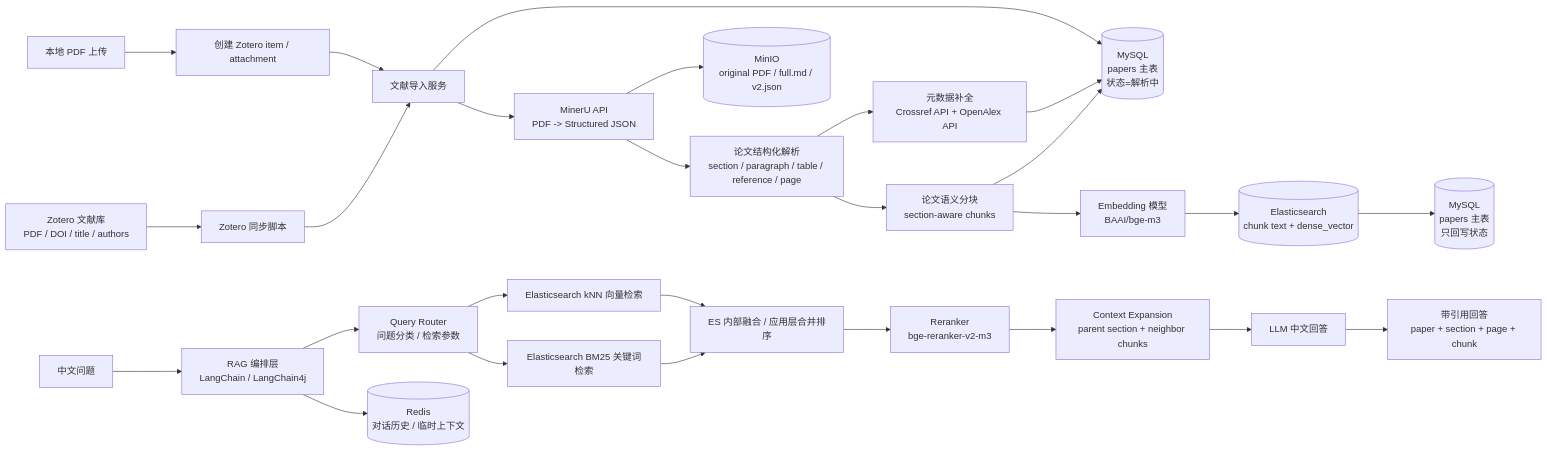
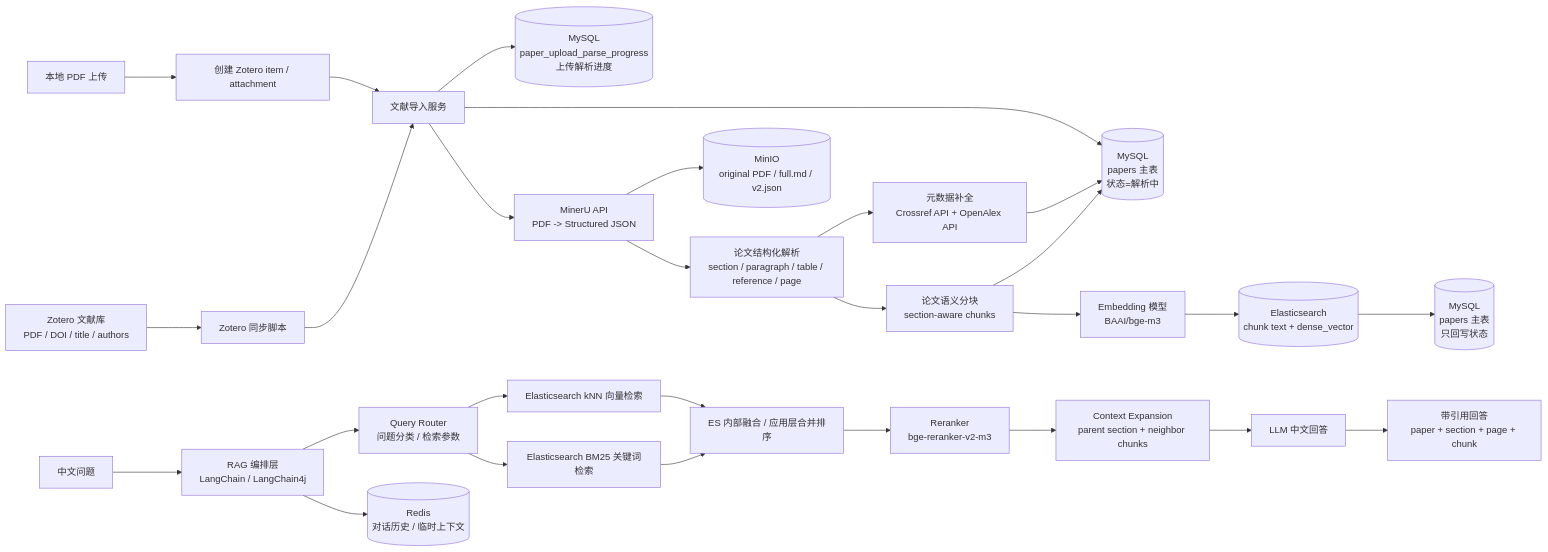
Before and after one commit to returnbreak/ScholarEase: the diagram in 项目整体架构与技术选型.md, drawn with Mermaid. The commit also changed other lines of this file and 50 other files, not shown here.

First line of the commit message:
feat: Enhance document upload process with progress tracking

````diff
--- a/项目整体架构与技术选型.md
+++ b/项目整体架构与技术选型.md
@@ -33,33 +33,34 @@
 ```mermaid
 flowchart LR
     A[Zotero 文献库<br/>PDF / DOI / title / authors] --> B[Zotero 同步脚本]
     W[本地 PDF 上传] --> Z[创建 Zotero item / attachment]
     Z --> X[文献导入服务]
     B --> X
+    X --> P0[(MySQL<br/>paper_upload_parse_progress<br/>上传解析进度)]
     X --> C[(MySQL<br/>papers 主表<br/>状态=解析中)]
     X --> E[MinerU API<br/>PDF -> Structured JSON]
     E --> F[论文结构化解析<br/>section / paragraph / table / reference / page]
     E --> Y
     Y[(MinIO<br/>original PDF / full.md / v2.json)]
     F --> V[元数据补全<br/>Crossref API + OpenAlex API]
     V --> C
     F --> G[论文语义分块<br/>section-aware chunks]
     G --> C
 
     G --> H[Embedding 模型<br/>BAAI/bge-m3]
     H --> I[(Elasticsearch<br/>chunk text + dense_vector)]
     I --> C2[(MySQL<br/>papers 主表<br/>只回写状态)]
 
     K[中文问题] --> L[RAG 编排层<br/>LangChain / LangChain4j]
     L --> M[Query Router<br/>问题分类 / 检索参数]
     M --> N[Elasticsearch kNN 向量检索]
     M --> O[Elasticsearch BM25 关键词检索]
     N --> P[ES 内部融合 / 应用层合并排序]
     O --> P
     P --> Q[Reranker<br/>bge-reranker-v2-m3]
     Q --> R[Context Expansion<br/>parent section + neighbor chunks]
     R --> S[LLM 中文回答]
     S --> T[带引用回答<br/>paper + section + page + chunk]
 
     L --> U[(Redis<br/>对话历史 / 临时上下文)]
 ```
````
